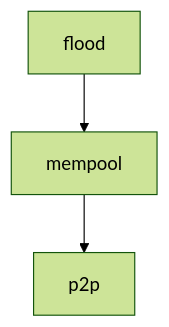
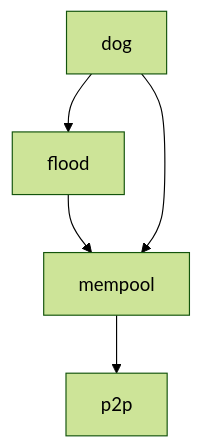
The diagram in spec/mempool/gossip/README.md (cometbft/cometbft), drawn with Mermaid (forest theme) before and after one commit. The commit also changed other lines of this file and 1 other file, not shown here.

Commit message:
add dog.qnt and update readme

````diff
--- a/spec/mempool/gossip/README.md
+++ b/spec/mempool/gossip/README.md
@@ -31,4 +44,6 @@
 ```mermaid
 flowchart TB
     flood --> mempool --> p2p;
+    dog --> flood;
+    dog --> mempool;
 ```
````
